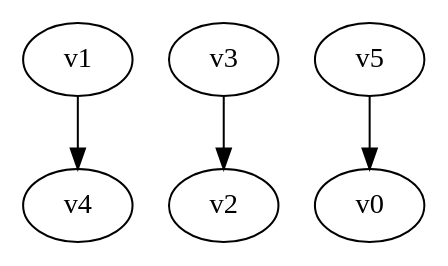
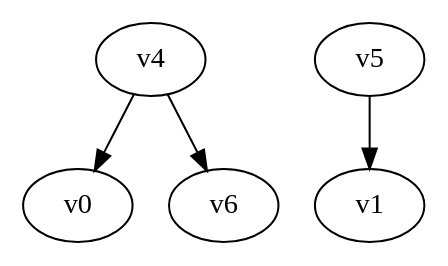
The diagram in digraph.dot (yadej/graph_project), drawn with Graphviz before and after one commit. The commit also changed 1 other file, not shown here.

```diff
--- a/digraph.dot
+++ b/digraph.dot
@@ -1,5 +1,5 @@
 digraph G { 
-v1 -> v4;
-v3 -> v2;
-v5 -> v0;
+v4 -> v0;
+v4 -> v6;
+v5 -> v1;
 }
```
